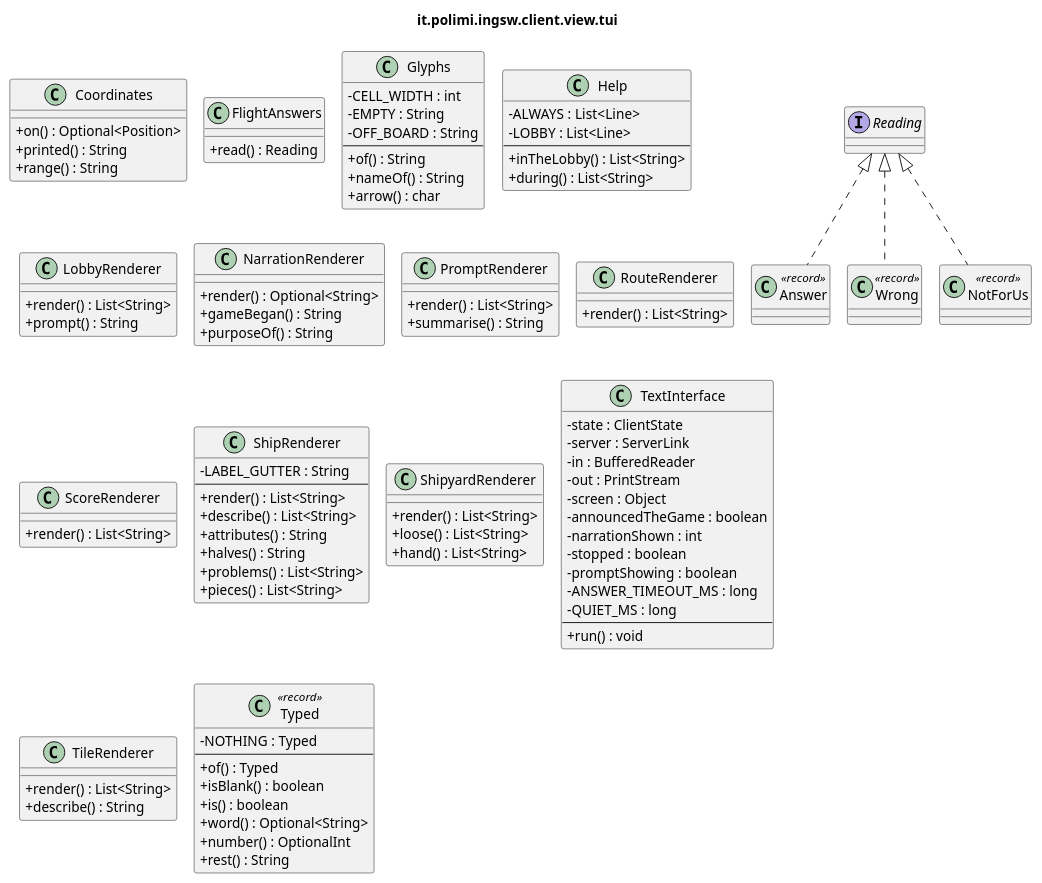
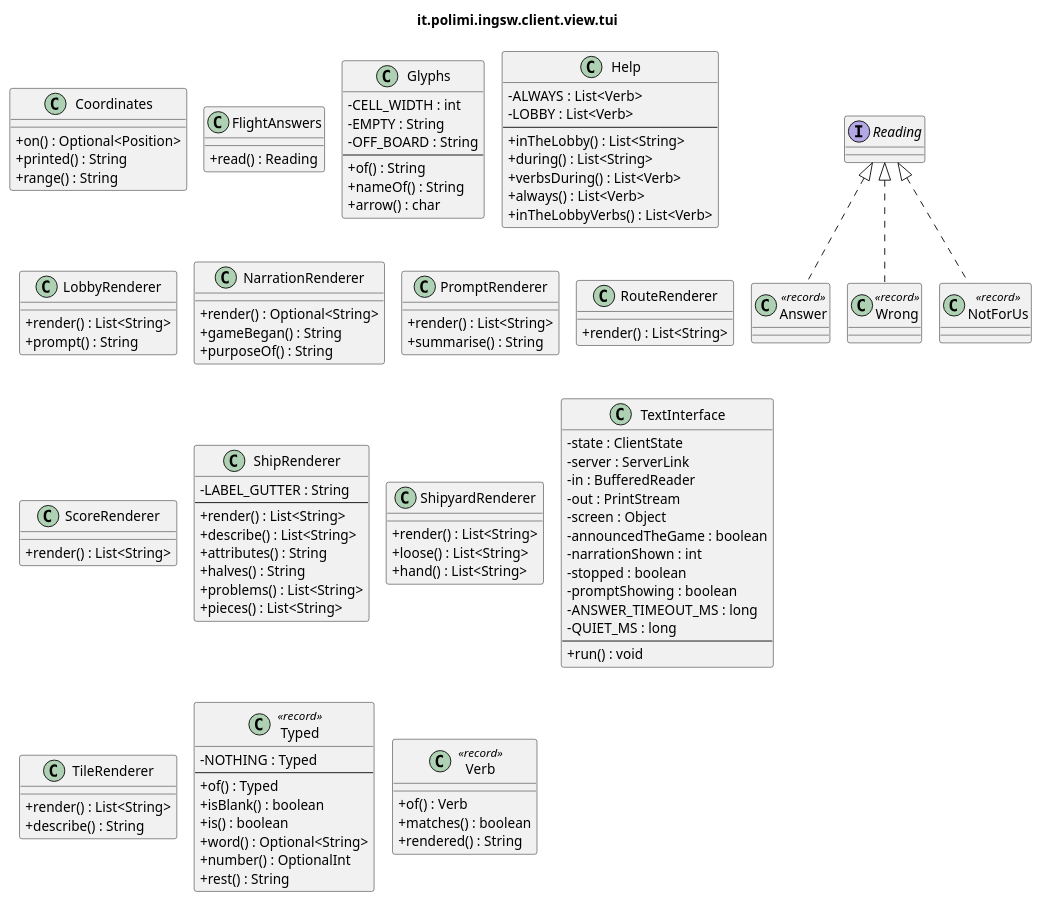
Before and after one commit to samuelesegrini/ing-sw-2025-segrini-terribile-varricchio-zanca: the diagram in docs/uml/detailed/client-view-tui.puml, drawn with PlantUML. The commit also changed 3 other files, not shown here.

```diff
--- a/docs/uml/detailed/client-view-tui.puml
+++ b/docs/uml/detailed/client-view-tui.puml
@@ -1,107 +1,115 @@
 @startuml it_polimi_ingsw_client_view_tui
 ' Generated by tools/uml/generate-detailed.py. Do not edit by hand.
 !pragma layout smetana
 skinparam shadowing false
 skinparam classAttributeIconSize 0
 title it.polimi.ingsw.client.view.tui
 
 class Coordinates {
   +on() : Optional<Position>
   +printed() : String
   +range() : String
 }
 class FlightAnswers {
   +read() : Reading
 }
 interface Reading {
 }
 class Answer <<record>> {
 }
 class Wrong <<record>> {
 }
 class NotForUs <<record>> {
 }
 class Glyphs {
   -CELL_WIDTH : int
   -EMPTY : String
   -OFF_BOARD : String
   --
   +of() : String
   +nameOf() : String
   +arrow() : char
 }
 class Help {
-  -ALWAYS : List<Line>
-  -LOBBY : List<Line>
+  -ALWAYS : List<Verb>
+  -LOBBY : List<Verb>
   --
   +inTheLobby() : List<String>
   +during() : List<String>
+  +verbsDuring() : List<Verb>
+  +always() : List<Verb>
+  +inTheLobbyVerbs() : List<Verb>
 }
 class LobbyRenderer {
   +render() : List<String>
   +prompt() : String
 }
 class NarrationRenderer {
   +render() : Optional<String>
   +gameBegan() : String
   +purposeOf() : String
 }
 class PromptRenderer {
   +render() : List<String>
   +summarise() : String
 }
 class RouteRenderer {
   +render() : List<String>
 }
 class ScoreRenderer {
   +render() : List<String>
 }
 class ShipRenderer {
   -LABEL_GUTTER : String
   --
   +render() : List<String>
   +describe() : List<String>
   +attributes() : String
   +halves() : String
   +problems() : List<String>
   +pieces() : List<String>
 }
 class ShipyardRenderer {
   +render() : List<String>
   +loose() : List<String>
   +hand() : List<String>
 }
 class TextInterface {
   -state : ClientState
   -server : ServerLink
   -in : BufferedReader
   -out : PrintStream
   -screen : Object
   -announcedTheGame : boolean
   -narrationShown : int
   -stopped : boolean
   -promptShowing : boolean
   -ANSWER_TIMEOUT_MS : long
   -QUIET_MS : long
   --
   +run() : void
 }
 class TileRenderer {
   +render() : List<String>
   +describe() : String
 }
 class Typed <<record>> {
   -NOTHING : Typed
   --
   +of() : Typed
   +isBlank() : boolean
   +is() : boolean
   +word() : Optional<String>
   +number() : OptionalInt
   +rest() : String
 }
+class Verb <<record>> {
+  +of() : Verb
+  +matches() : boolean
+  +rendered() : String
+}
 
 Reading <|.. Answer
 Reading <|.. Wrong
 Reading <|.. NotForUs
 @enduml
```
